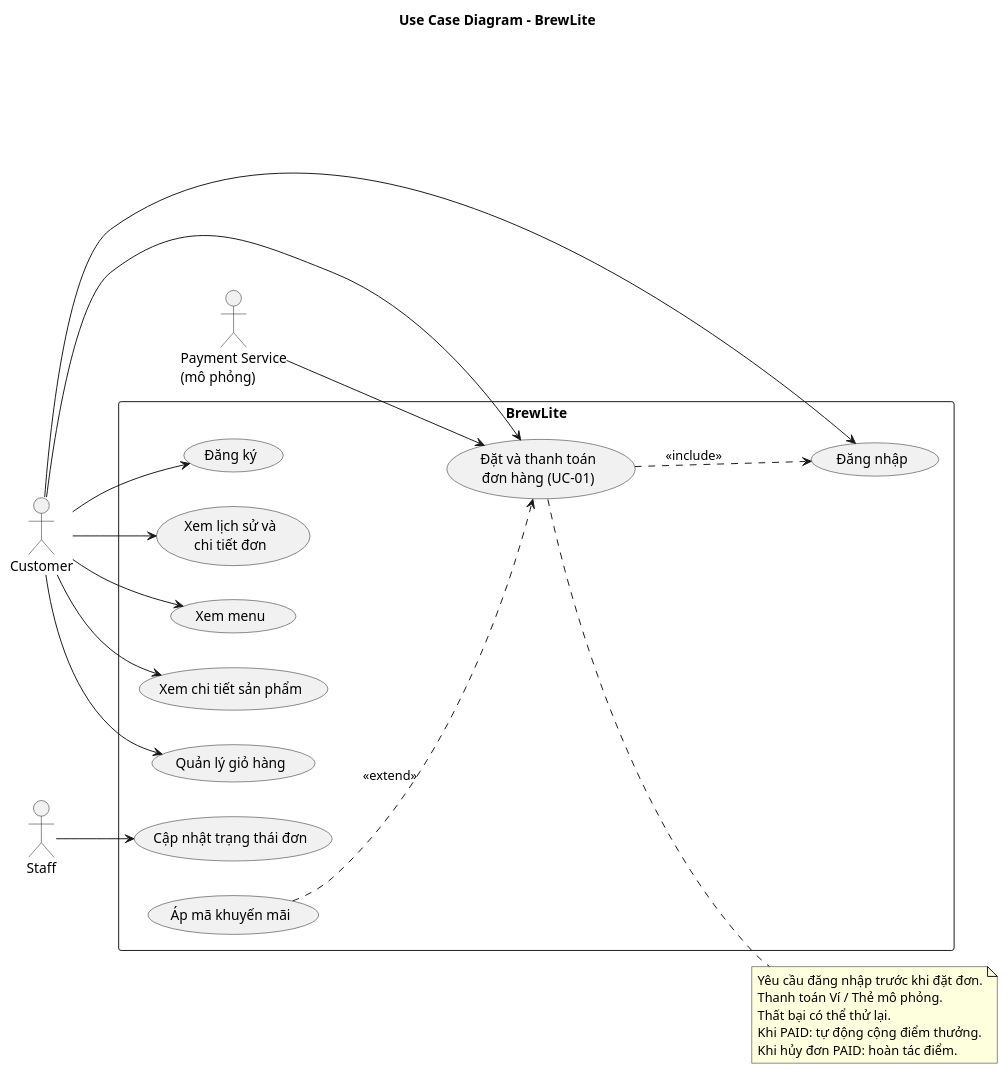
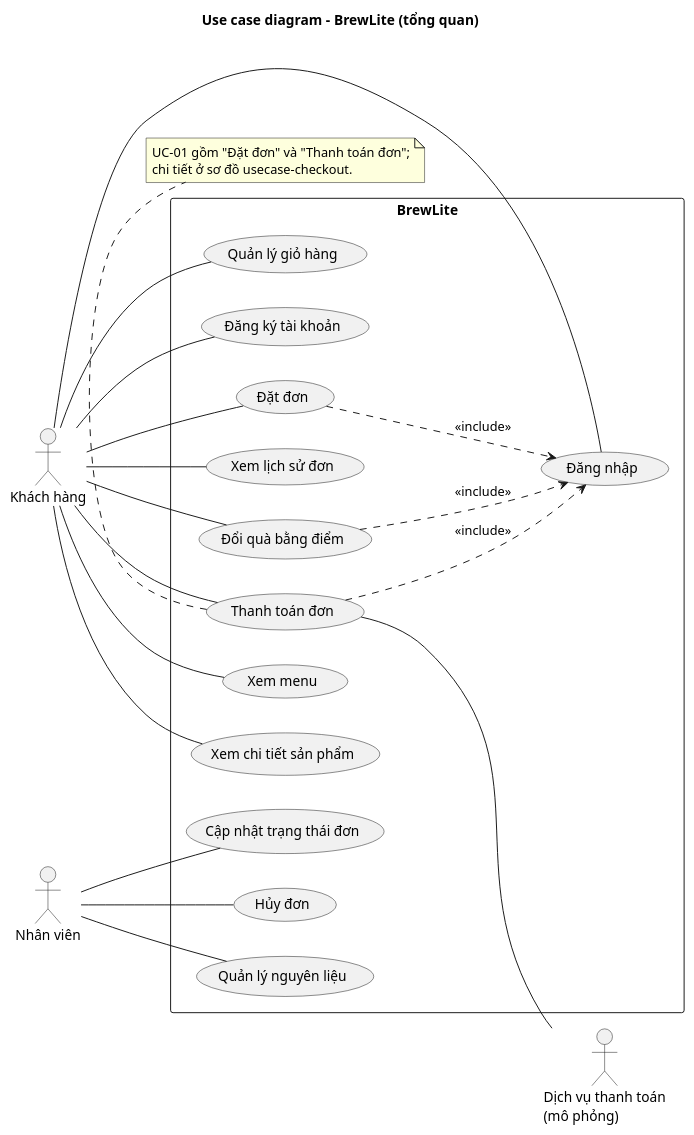
One commit to tthan-prog/BrewLite changed the diagram in docs/diagrams/usecase-overview.puml. Above: the diagram before and after it, drawn with PlantUML. The commit also changed other lines of this file and 227 other files, not shown here.

First line of the commit message:
docs: tách as1/as2/chung, chốt phân công 4 người, hoàn chỉnh biên bản và bằng chứng

```diff
--- a/docs/diagrams/usecase-overview.puml
+++ b/docs/diagrams/usecase-overview.puml
@@ -2,44 +1,50 @@
 @startuml usecase-overview
-title Use Case Diagram - BrewLite
+title Use case diagram - BrewLite (tổng quan)
 left to right direction
 skinparam shadowing false
+skinparam packageStyle rectangle
 
-actor Customer
-actor Staff
-actor "Payment Service\n(mô phỏng)" as PAY
+actor "Khách hàng" as Customer
+actor "Nhân viên" as Staff
+actor "Dịch vụ thanh toán\n(mô phỏng)" as PAY
 
-rectangle BrewLite {
+rectangle "BrewLite" {
   usecase "Xem menu" as UC_Menu
   usecase "Xem chi tiết sản phẩm" as UC_Detail
   usecase "Quản lý giỏ hàng" as UC_Cart
-  usecase "Đăng ký" as UC_Register
+  usecase "Đăng ký tài khoản" as UC_Register
   usecase "Đăng nhập" as UC_Login
-  usecase "Đặt và thanh toán\nđơn hàng (UC-01)" as UC_Checkout
-  usecase "Xem lịch sử và\nchi tiết đơn" as UC_History
+  usecase "Đặt đơn" as UC_Order
+  usecase "Thanh toán đơn" as UC_Pay
+  usecase "Xem lịch sử đơn" as UC_History
+  usecase "Đổi quà bằng điểm" as UC_Redeem
   usecase "Cập nhật trạng thái đơn" as UC_Status
-  usecase "Áp mã khuyến mãi" as UC_Promo
+  usecase "Hủy đơn" as UC_Cancel
+  usecase "Quản lý nguyên liệu" as UC_Stock
 }
 
-Customer --> UC_Menu
-Customer --> UC_Detail
-Customer --> UC_Cart
-Customer --> UC_Register
-Customer --> UC_Login
-Customer --> UC_Checkout
-Customer --> UC_History
+Customer -- UC_Menu
+Customer -- UC_Detail
+Customer -- UC_Cart
+Customer -- UC_Register
+Customer -- UC_Login
+Customer -- UC_Order
+Customer -- UC_Pay
+Customer -- UC_History
+Customer -- UC_Redeem
 
-Staff --> UC_Status
-PAY --> UC_Checkout
+Staff -- UC_Status
+Staff -- UC_Cancel
+Staff -- UC_Stock
 
-UC_Checkout ..> UC_Login : <<include>>
-UC_Promo ..> UC_Checkout : <<extend>>
+UC_Pay -- PAY
 
-note right of UC_Checkout
-  Yêu cầu đăng nhập trước khi đặt đơn.
-  Thanh toán Ví / Thẻ mô phỏng.
-  Thất bại có thể thử lại.
-  Khi PAID: tự động cộng điểm thưởng.
-  Khi hủy đơn PAID: hoàn tác điểm.
+UC_Order ..> UC_Login : <<include>>
+UC_Pay ..> UC_Login : <<include>>
+UC_Redeem ..> UC_Login : <<include>>
+
+note bottom of UC_Pay
+  UC-01 gồm "Đặt đơn" và "Thanh toán đơn";
+  chi tiết ở sơ đồ usecase-checkout.
 end note
-
 @enduml
```
